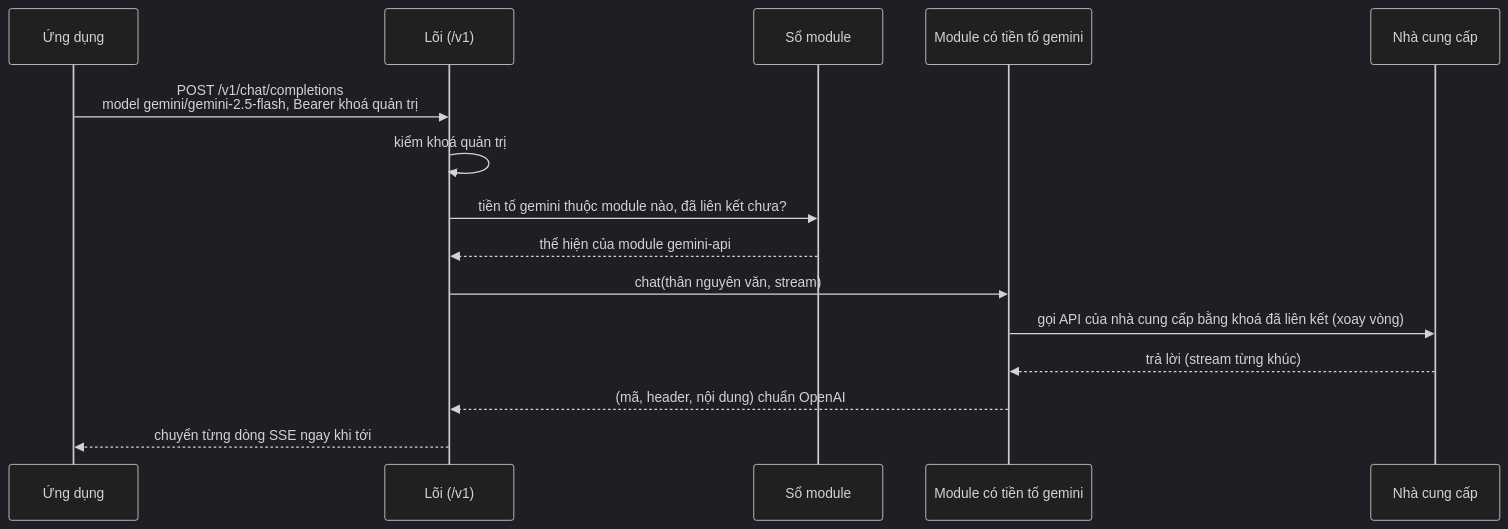
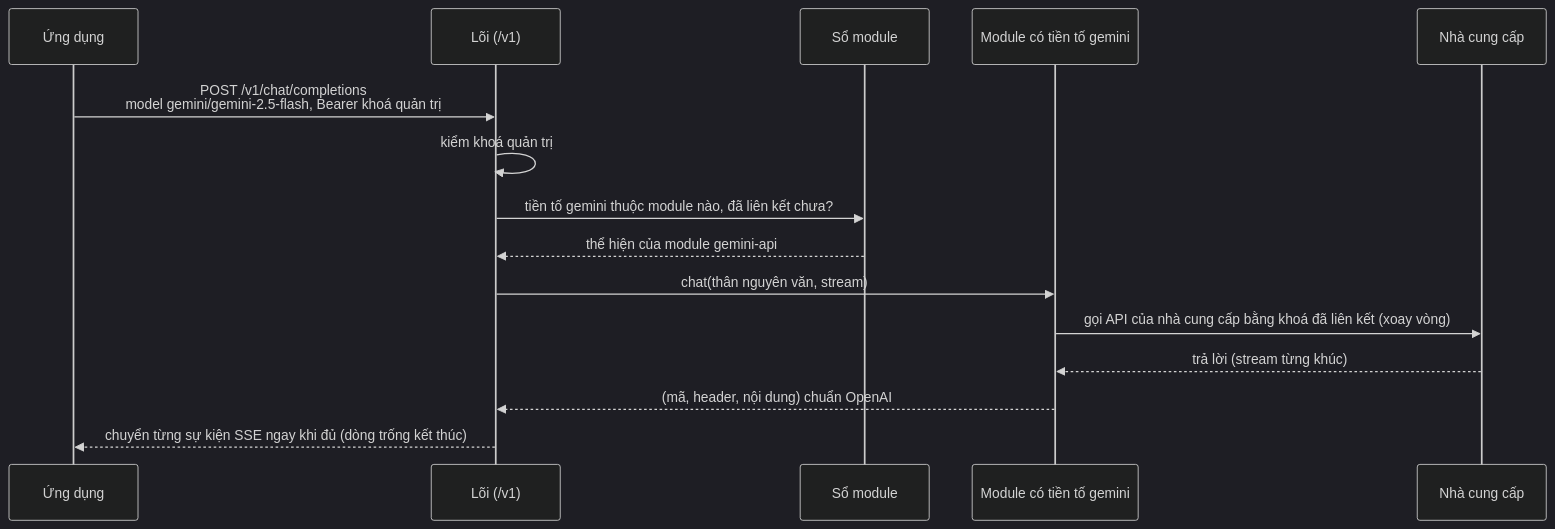
The second of 7 diagrams in docs/THAM-CHIEU.md (TriTue2011/web2api), drawn with Mermaid (dark theme) before and after one commit. The commit also changed other lines of this file and 5 other files, not shown here.

````diff
--- a/docs/THAM-CHIEU.md
+++ b/docs/THAM-CHIEU.md
@@ -106,17 +106,17 @@
 ```mermaid
 sequenceDiagram
   participant A as Ứng dụng
   participant L as Lõi (/v1)
   participant S as Sổ module
   participant M as Module có tiền tố gemini
   participant P as Nhà cung cấp
   A->>L: POST /v1/chat/completions<br/>model gemini/gemini-2.5-flash, Bearer khoá quản trị
   L->>L: kiểm khoá quản trị
   L->>S: tiền tố gemini thuộc module nào, đã liên kết chưa?
   S-->>L: thể hiện của module gemini-api
   L->>M: chat(thân nguyên văn, stream)
   M->>P: gọi API của nhà cung cấp bằng khoá đã liên kết (xoay vòng)
   P-->>M: trả lời (stream từng khúc)
   M-->>L: (mã, header, nội dung) chuẩn OpenAI
-  L-->>A: chuyển từng dòng SSE ngay khi tới
+  L-->>A: chuyển từng sự kiện SSE ngay khi đủ (dòng trống kết thúc)
 ```
````
